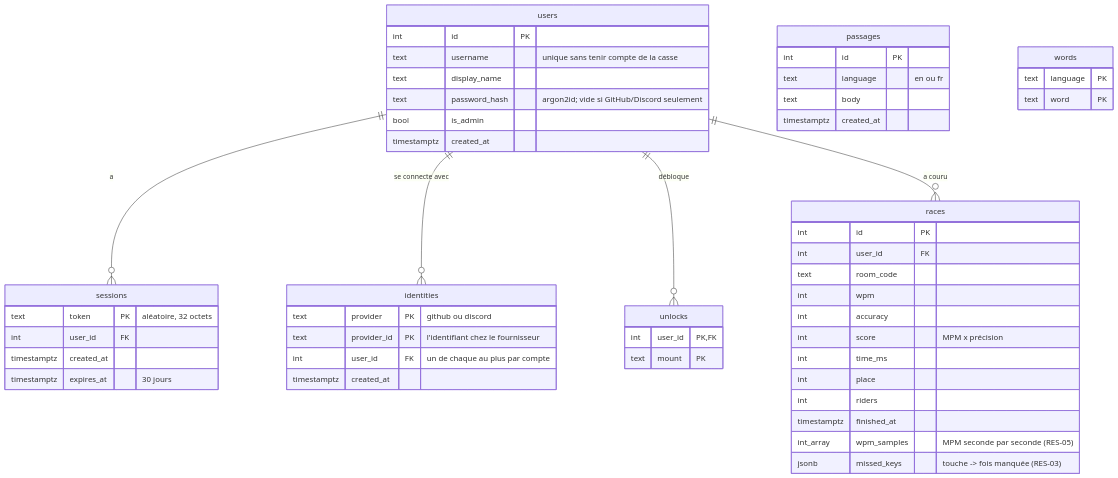
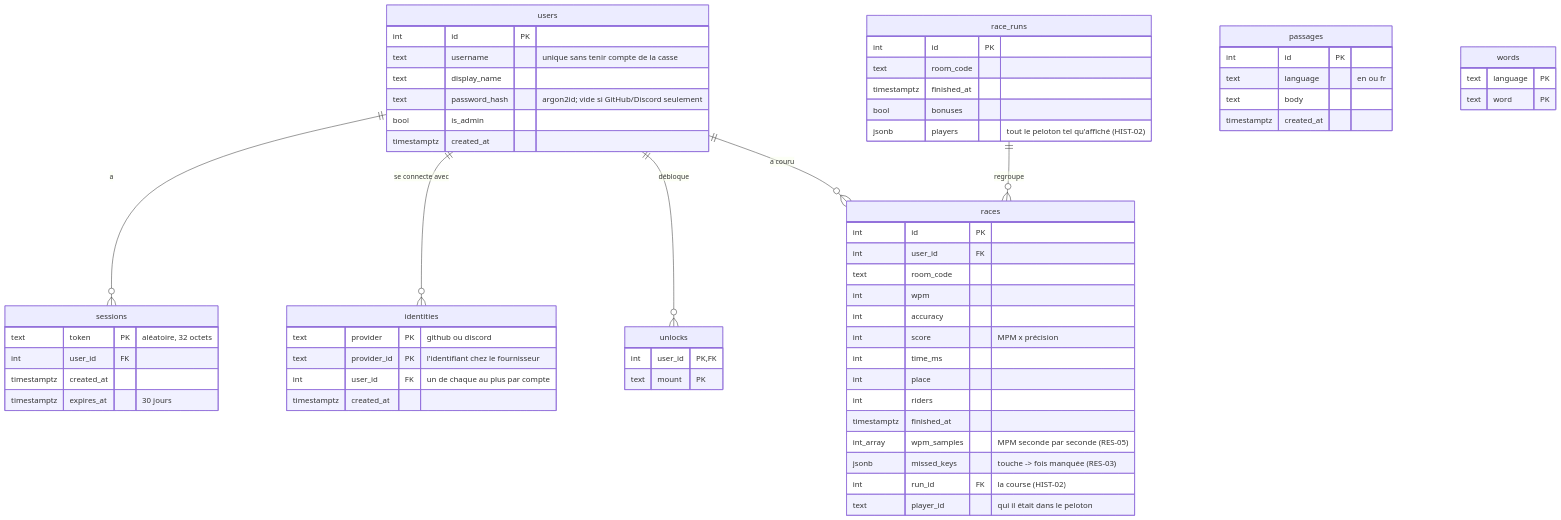
One commit to PBousquet01/TypeRacer changed the second of 4 diagrams in docs/ARCHITECTURE.md. Above: the diagram before and after it, drawn with Mermaid. The commit also changed other lines of this file and 19 other files, not shown here.

First line of the commit message:
HIST-01, HIST-02: race history with pagination, and past races' full results

````diff
--- a/docs/ARCHITECTURE.md
+++ b/docs/ARCHITECTURE.md
@@ -127,55 +127,65 @@
 ```mermaid
 erDiagram
     users ||--o{ sessions : "a"
     users ||--o{ identities : "se connecte avec"
     users ||--o{ unlocks : "débloque"
     users ||--o{ races : "a couru"
+    race_runs ||--o{ races : "regroupe"
     users {
         int id PK
         text username "unique sans tenir compte de la casse"
         text display_name
         text password_hash "argon2id; vide si GitHub/Discord seulement"
         bool is_admin
         timestamptz created_at
     }
     sessions {
         text token PK "aléatoire, 32 octets"
         int user_id FK
         timestamptz created_at
         timestamptz expires_at "30 jours"
     }
     identities {
         text provider PK "github ou discord"
         text provider_id PK "l'identifiant chez le fournisseur"
         int user_id FK "un de chaque au plus par compte"
         timestamptz created_at
     }
     unlocks {
         int user_id PK, FK
         text mount PK
     }
     races {
         int id PK
         int user_id FK
         text room_code
         int wpm
         int accuracy
         int score "MPM x précision"
         int time_ms
         int place
         int riders
         timestamptz finished_at
         int_array wpm_samples "MPM seconde par seconde (RES-05)"
         jsonb missed_keys "touche -> fois manquée (RES-03)"
+        int run_id FK "la course (HIST-02)"
+        text player_id "qui il était dans le peloton"
+    }
+    race_runs {
+        int id PK
+        text room_code
+        timestamptz finished_at
+        bool bonuses
+        jsonb players "tout le peloton tel qu'affiché (HIST-02)"
     }
     passages {
         int id PK
         text language "en ou fr"
         text body
         timestamptz created_at
     }
     words {
         text language PK
         text word PK
     }
 ```
````
